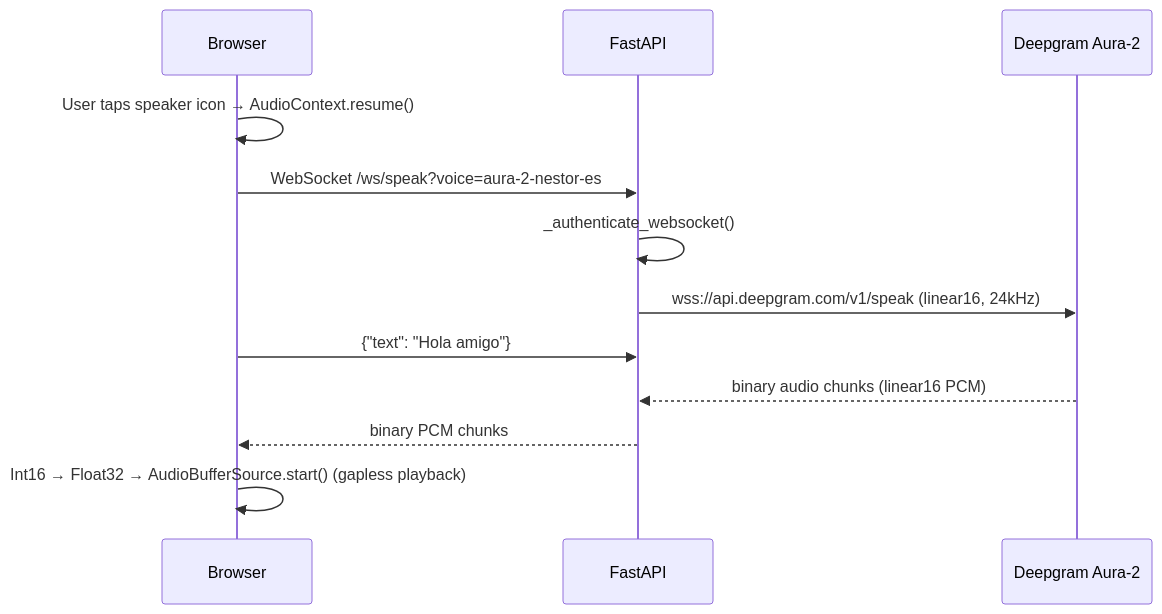
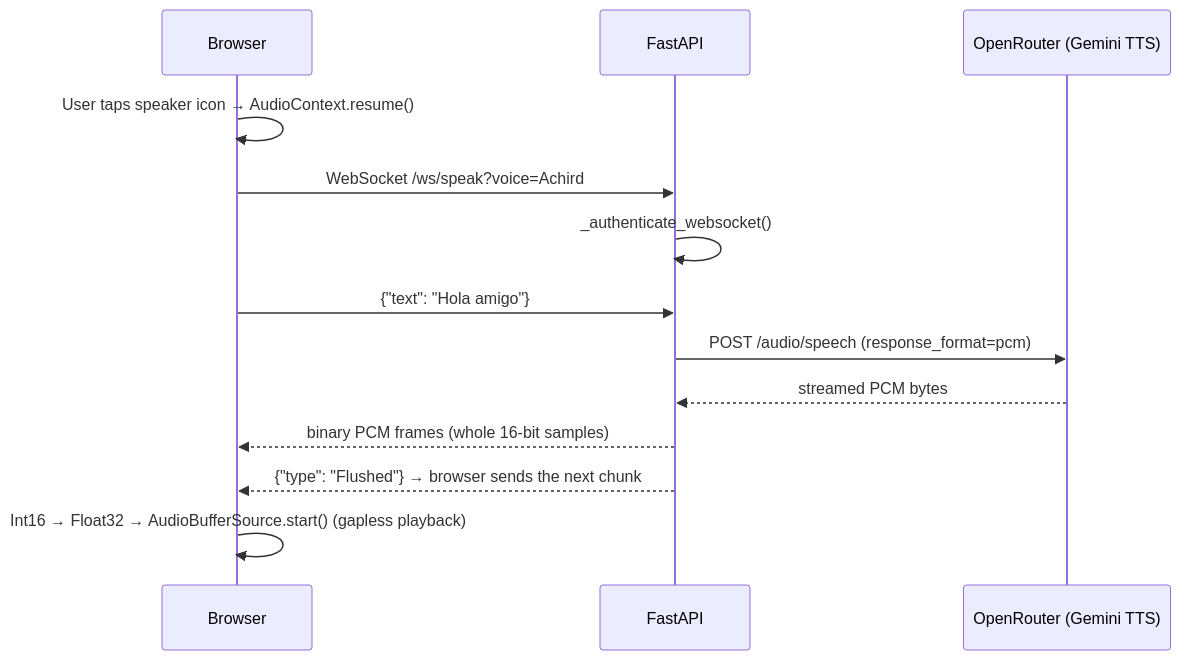
One commit to darth-dodo/habla-hermano changed the fourth of 5 diagrams in docs/architecture.md. Above: the diagram before and after it, drawn with Mermaid. The commit also changed other lines of this file and 14 other files, not shown here.

First line of the commit message:
feat(voice): replace Deepgram TTS with Gemini TTS via OpenRouter

````diff
--- a/docs/architecture.md
+++ b/docs/architecture.md
@@ -362,15 +362,16 @@
 ```mermaid
 sequenceDiagram
     participant B as Browser
     participant F as FastAPI
-    participant D as Deepgram Aura-2
+    participant O as OpenRouter (Gemini TTS)
 
     B->>B: User taps speaker icon → AudioContext.resume()
-    B->>F: WebSocket /ws/speak?voice=aura-2-nestor-es
+    B->>F: WebSocket /ws/speak?voice=Achird
     F->>F: _authenticate_websocket()
-    F->>D: wss://api.deepgram.com/v1/speak (linear16, 24kHz)
     B->>F: {"text": "Hola amigo"}
-    D-->>F: binary audio chunks (linear16 PCM)
-    F-->>B: binary PCM chunks
+    F->>O: POST /audio/speech (response_format=pcm)
+    O-->>F: streamed PCM bytes
+    F-->>B: binary PCM frames (whole 16-bit samples)
+    F-->>B: {"type": "Flushed"} → browser sends the next chunk
     B->>B: Int16 → Float32 → AudioBufferSource.start() (gapless playback)
 ```
````
